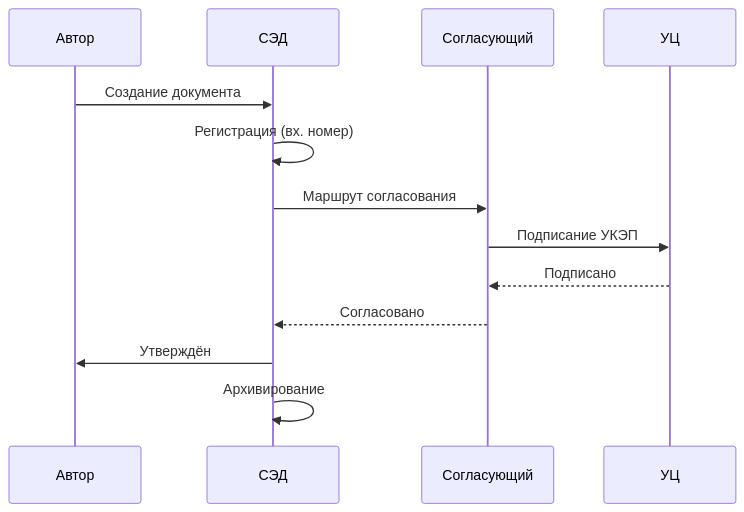
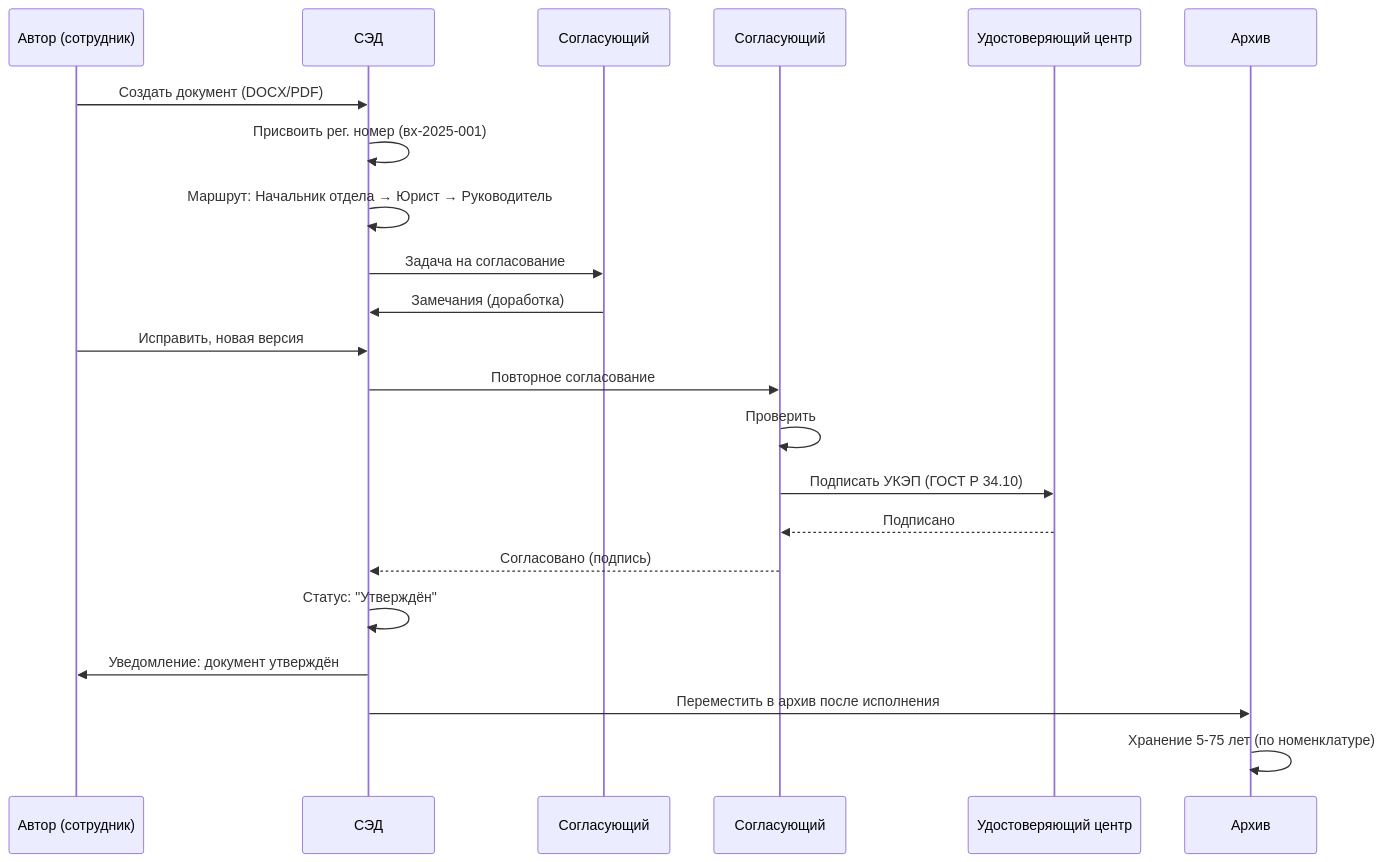
Before and after one commit to sergeyodnoval-bot/sysanalyst-kb.github.io: the second of 2 diagrams in docs/specialization/govtech-edo.md, drawn with Mermaid. The commit also changed other lines of this file and 13 other files, not shown here.

````diff
--- a/docs/specialization/govtech-edo.md
+++ b/docs/specialization/govtech-edo.md
@@ -52,16 +86,28 @@
 ```mermaid
 sequenceDiagram
-    participant A as Автор
-    participant S as СЭД
-    participant AG as Согласующий
-    participant UC as УЦ
+    participant Author as Автор (сотрудник)
+    participant EDM as СЭД
+    participant Approver as Согласующий #1
+    participant Approver2 as Согласующий #2
+    participant CA as Удостоверяющий центр
+    participant Archive as Архив
 
-    A->>S: Создание документа
-    S->>S: Регистрация (вх. номер)
-    S->>AG: Маршрут согласования
-    AG->>UC: Подписание УКЭП
-    UC-->>AG: Подписано
-    AG-->>S: Согласовано
-    S->>A: Утверждён
-    S->>S: Архивирование
+    Author->>EDM: Создать документ (DOCX/PDF)
+    EDM->>EDM: Присвоить рег. номер (вх-2025-001)
+    EDM->>EDM: Маршрут: Начальник отдела → Юрист → Руководитель
+    EDM->>Approver: Задача на согласование
+    Approver->>EDM: Замечания (доработка)
+
+    Author->>EDM: Исправить, новая версия
+    EDM->>Approver2: Повторное согласование
+    Approver2->>Approver2: Проверить
+    Approver2->>CA: Подписать УКЭП (ГОСТ Р 34.10)
+    CA-->>Approver2: Подписано
+    Approver2-->>EDM: Согласовано (подпись)
+
+    EDM->>EDM: Статус: "Утверждён"
+    EDM->>Author: Уведомление: документ утверждён
+
+    EDM->>Archive: Переместить в архив после исполнения
+    Archive->>Archive: Хранение 5-75 лет (по номенклатуре)
 ```
````
